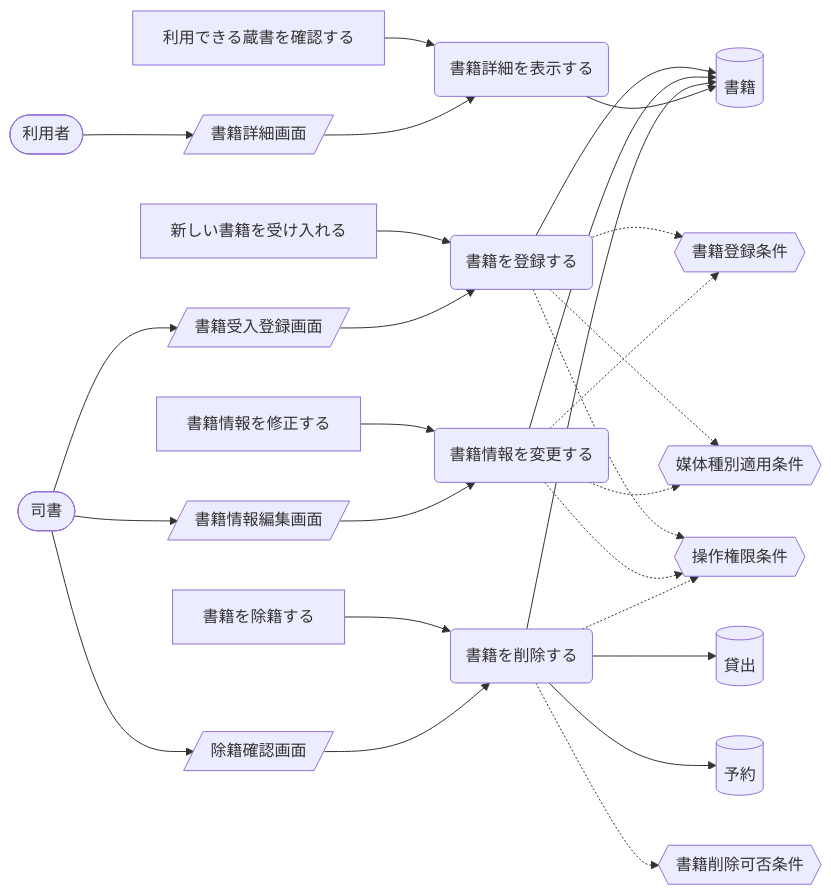
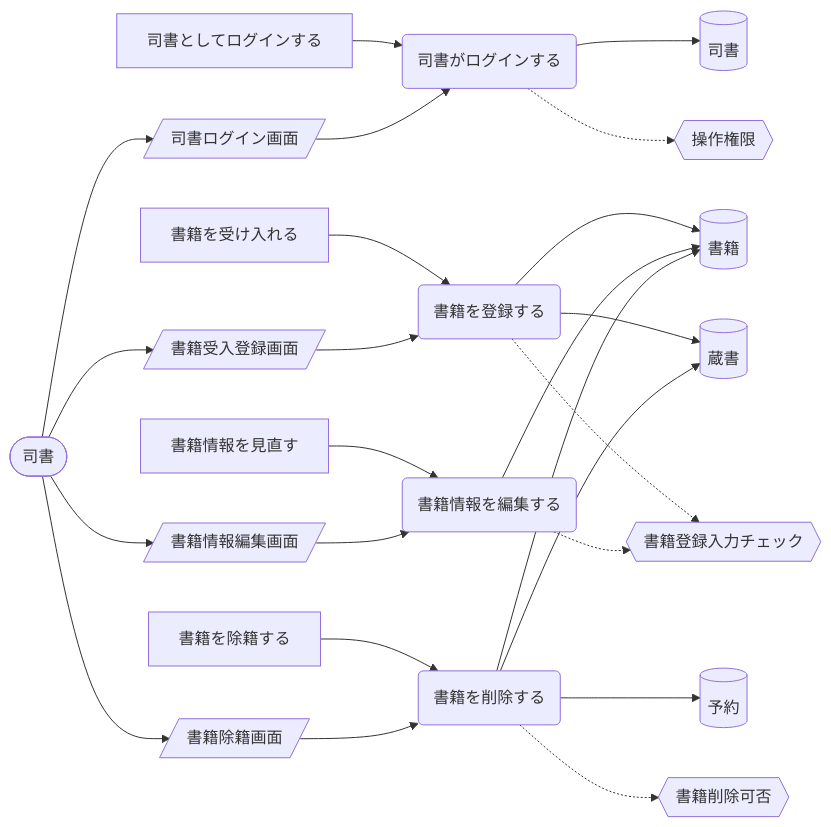
Before and after one commit to suwa-sh/suwa-sh-claude-plugins: the first of 11 diagrams in samples/distillery2/library-loan/docs/requirements/rdra/views/04_UC複合図.md, drawn with Mermaid. The commit also changed other lines of this file and 249 other files, not shown here.

````diff
--- a/samples/distillery2/library-loan/docs/requirements/rdra/views/04_UC複合図.md
+++ b/samples/distillery2/library-loan/docs/requirements/rdra/views/04_UC複合図.md
@@ -12,50 +12,46 @@
 ```mermaid
 graph LR
-  UC1("書籍を登録する")
-  AT1["新しい書籍を受け入れる"]
-  IF1[("書籍")]
-  CD1{{"書籍登録条件"}}
-  CD2{{"媒体種別適用条件"}}
-  CD3{{"操作権限条件"}}
-  SC1[/"書籍受入登録画面"/]
+  UC1("司書がログインする")
+  AT1["司書としてログインする"]
+  IF1[("司書")]
+  CD1{{"操作権限"}}
+  SC1[/"司書ログイン画面"/]
   AC1(["司書"])
-  UC2("書籍情報を変更する")
-  AT2["書籍情報を修正する"]
-  SC2[/"書籍情報編集画面"/]
-  UC3("書籍を削除する")
-  AT3["書籍を除籍する"]
-  IF2[("貸出")]
-  IF3[("予約")]
-  CD4{{"書籍削除可否条件"}}
-  SC3[/"除籍確認画面"/]
-  UC4("書籍詳細を表示する")
-  AT4["利用できる蔵書を確認する"]
-  SC4[/"書籍詳細画面"/]
-  AC2(["利用者"])
+  UC2("書籍を登録する")
+  AT2["書籍を受け入れる"]
+  IF2[("書籍")]
+  IF3[("蔵書")]
+  CD2{{"書籍登録入力チェック"}}
+  SC2[/"書籍受入登録画面"/]
+  UC3("書籍情報を編集する")
+  AT3["書籍情報を見直す"]
+  SC3[/"書籍情報編集画面"/]
+  UC4("書籍を削除する")
+  AT4["書籍を除籍する"]
+  IF4[("予約")]
+  CD3{{"書籍削除可否"}}
+  SC4[/"書籍除籍画面"/]
   AT1 --> UC1
   UC1 --> IF1
   UC1 -.-> CD1
-  UC1 -.-> CD2
-  UC1 -.-> CD3
   AC1 --> SC1
   SC1 --> UC1
   AT2 --> UC2
-  UC2 --> IF1
-  UC2 -.-> CD1
+  UC2 --> IF2
+  UC2 --> IF3
   UC2 -.-> CD2
-  UC2 -.-> CD3
   AC1 --> SC2
   SC2 --> UC2
   AT3 --> UC3
-  UC3 --> IF1
   UC3 --> IF2
-  UC3 --> IF3
-  UC3 -.-> CD4
-  UC3 -.-> CD3
+  UC3 -.-> CD2
   AC1 --> SC3
   SC3 --> UC3
   AT4 --> UC4
-  UC4 --> IF1
-  AC2 --> SC4
+  UC4 --> IF2
+  UC4 --> IF3
+  UC4 --> IF4
+  UC4 -.-> CD3
+  AC1 --> SC4
   SC4 --> UC4
 ```
````
